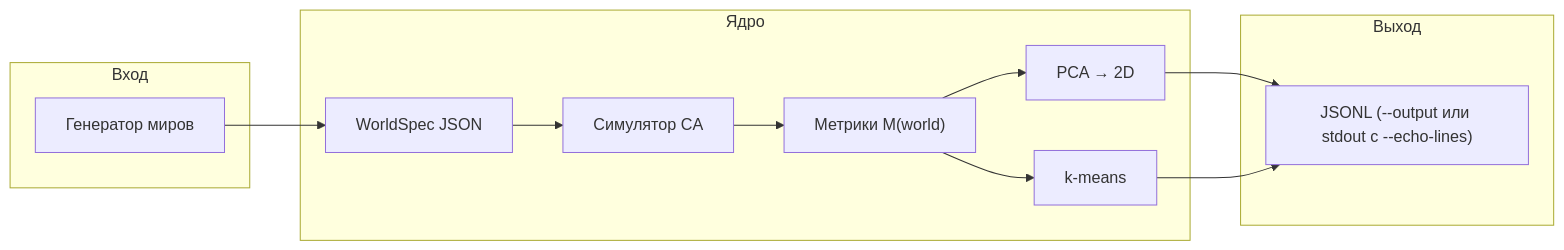
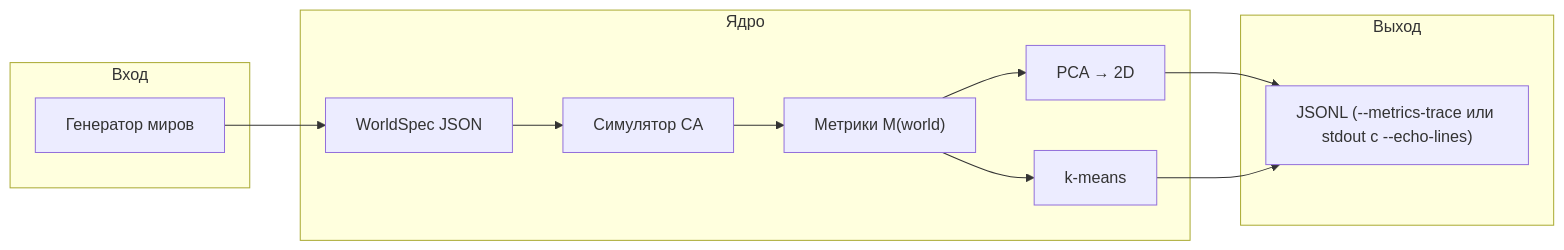
One commit to Starovoitov/LifeManifold changed the first of 8 diagrams in docs/WORLDSPACE.md. Above: the diagram before and after it, drawn with Mermaid. The commit also changed other lines of this file and 14 other files, not shown here.

````diff
--- a/docs/WORLDSPACE.md
+++ b/docs/WORLDSPACE.md
@@ -13,23 +13,23 @@
 ```mermaid
 flowchart LR
   subgraph inputs["Вход"]
     G["Генератор миров"]
   end
   subgraph core["Ядро"]
     WS["WorldSpec JSON"]
     SIM["Симулятор CA"]
     MET["Метрики M(world)"]
     EMB["PCA → 2D"]
     CLU["k-means"]
   end
   subgraph out["Выход"]
-    FILE["JSONL (--output или stdout с --echo-lines)"]
+    FILE["JSONL (--metrics-trace или stdout с --echo-lines)"]
   end
   G --> WS
   WS --> SIM
   SIM --> MET
   MET --> EMB
   MET --> CLU
   EMB --> FILE
   CLU --> FILE
 ```
````
